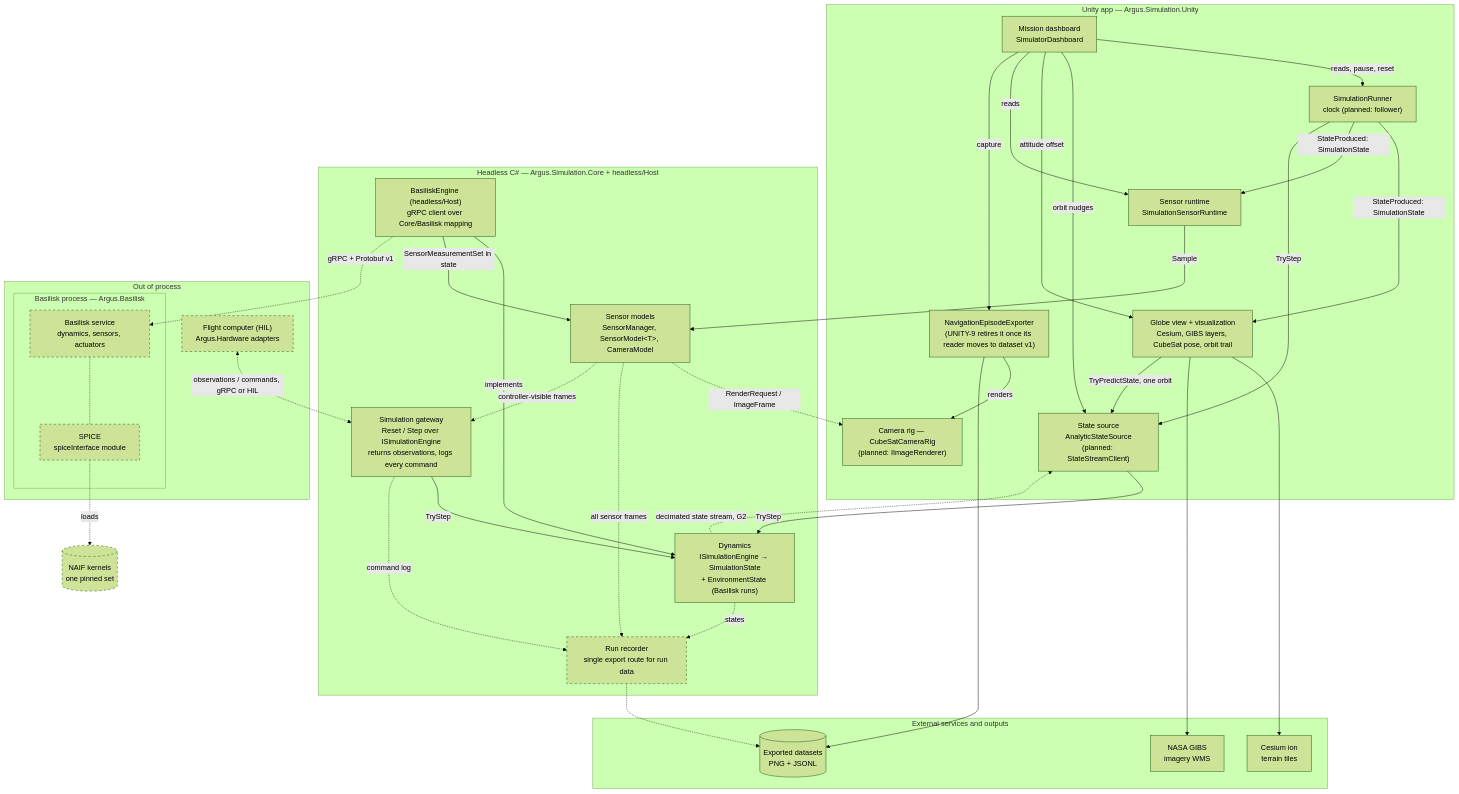
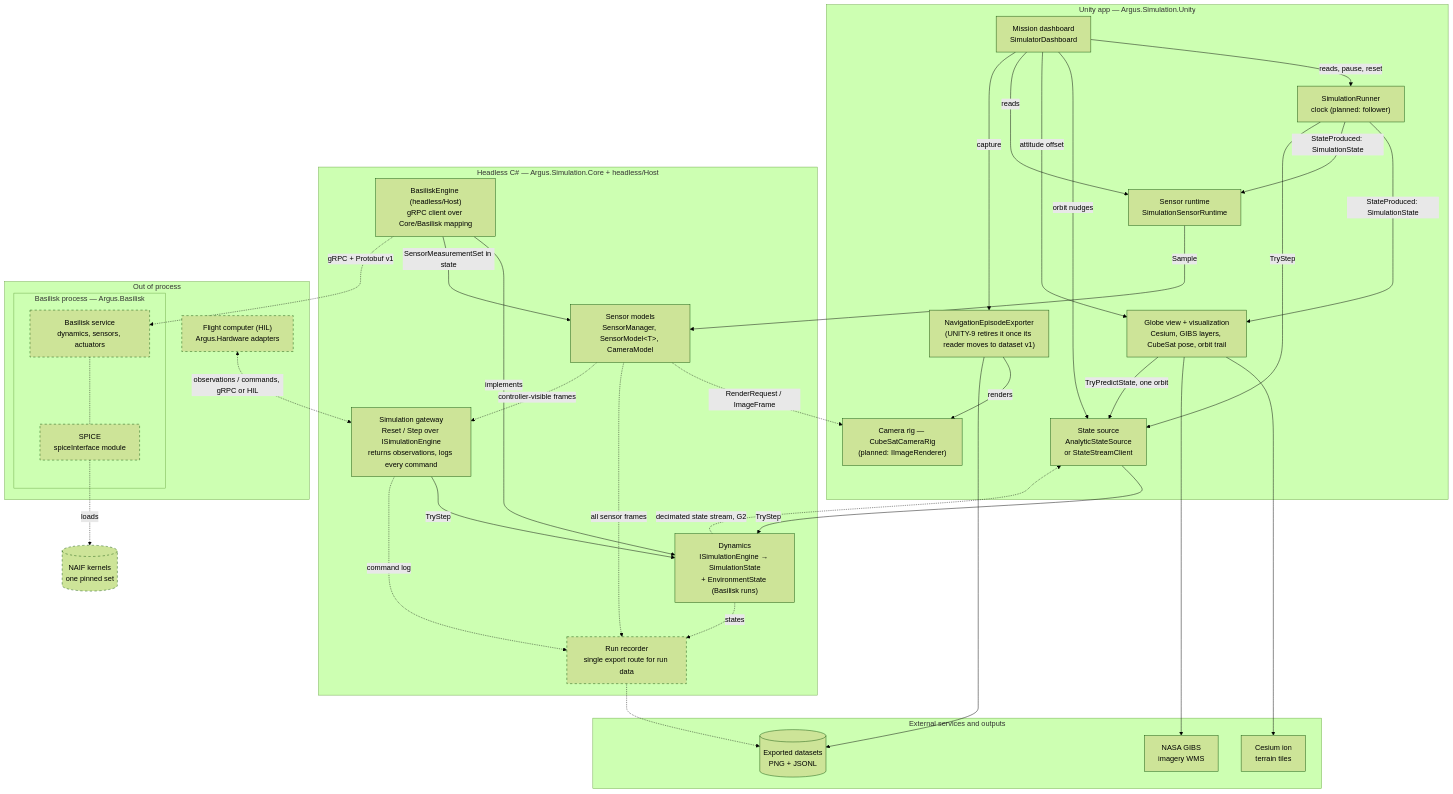
The first of 2 diagrams in docs/target-architecture.md (cmu-argus-2/argus_simulation), drawn with Mermaid (forest theme) before and after one commit. The commit also changed other lines of this file and 15 other files, not shown here.

````diff
--- a/docs/target-architecture.md
+++ b/docs/target-architecture.md
@@ -21,70 +21,70 @@
 ```mermaid
 flowchart TB
     subgraph EXT["External services and outputs"]
         ion["Cesium ion<br/>terrain tiles"]
         gibs["NASA GIBS<br/>imagery WMS"]
         data[("Exported datasets<br/>PNG + JSONL")]
     end
 
     subgraph UNITY["Unity app — Argus.Simulation.Unity"]
         globe["Globe view + visualization<br/>Cesium, GIBS layers, CubeSat pose, orbit trail"]
         camr["Camera rig — CubeSatCameraRig<br/>(planned: IImageRenderer)"]
         runner["SimulationRunner<br/>clock (planned: follower)"]
-        src["State source<br/>AnalyticStateSource<br/>(planned: StateStreamClient)"]
+        src["State source<br/>AnalyticStateSource<br/>or StateStreamClient"]
         sens["Sensor runtime<br/>SimulationSensorRuntime"]
         dash["Mission dashboard<br/>SimulatorDashboard"]
         exporter["NavigationEpisodeExporter<br/>(UNITY-9 retires it once its reader moves to dataset v1)"]
     end
 
     subgraph CORE["Headless C# — Argus.Simulation.Core + headless/Host"]
         dyn["Dynamics<br/>ISimulationEngine → SimulationState<br/>+ EnvironmentState (Basilisk runs)"]
         smod["Sensor models<br/>SensorManager, SensorModel&lt;T&gt;, CameraModel"]
         gate["Simulation gateway<br/>Reset / Step over ISimulationEngine<br/>returns observations, logs every command"]
         beng["BasiliskEngine (headless/Host)<br/>gRPC client over Core/Basilisk mapping"]
         rec["Run recorder<br/>single export route for run data"]
     end
 
     subgraph OOP["Out of process"]
         subgraph BSKP["Basilisk process — Argus.Basilisk"]
             bsk["Basilisk service<br/>dynamics, sensors, actuators"]
             spice["SPICE<br/>spiceInterface module"]
         end
         hil["Flight computer (HIL)<br/>Argus.Hardware adapters"]
     end
 
     naif[("NAIF kernels<br/>one pinned set")]
 
     globe --> ion
     globe --> gibs
     runner -->|StateProduced: SimulationState| globe
     runner -->|StateProduced: SimulationState| sens
     runner -->|TryStep| src
     globe -->|TryPredictState, one orbit| src
     dash -->|reads, pause, reset| runner
     dash -->|orbit nudges| src
     dash -->|attitude offset| globe
     dash -->|reads| sens
     dash -->|capture| exporter
     src -->|TryStep| dyn
     sens -->|Sample| smod
     gate -->|TryStep| dyn
     exporter -->|renders| camr
     exporter --> data
 
     smod -.->|RenderRequest / ImageFrame| camr
     beng -->|implements| dyn
     beng -->|SensorMeasurementSet in state| smod
     beng -.->|gRPC + Protobuf v1| bsk
     bsk -.- spice
     spice -.->|loads| naif
     dyn -.->|states| rec
     dyn -.->|decimated state stream, G2| src
     smod -.->|all sensor frames| rec
     smod -.->|controller-visible frames| gate
     gate -.->|command log| rec
     hil <-.->|observations / commands, gRPC or HIL| gate
     rec -.-> data
 
     classDef planned stroke-dasharray: 5 5
     class rec,bsk,spice,hil,naif planned
 ```
````
